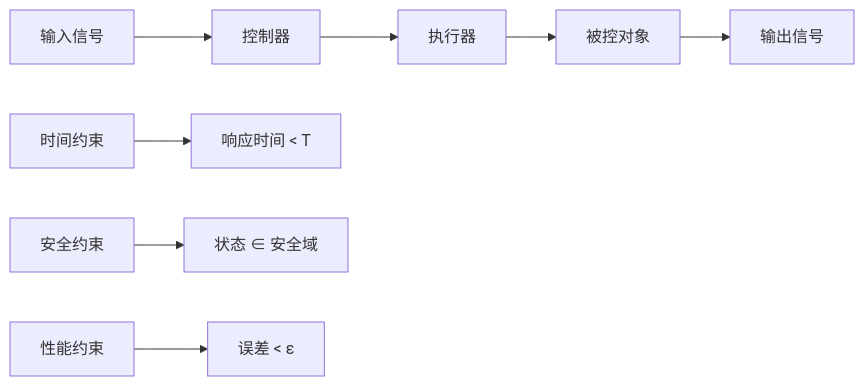
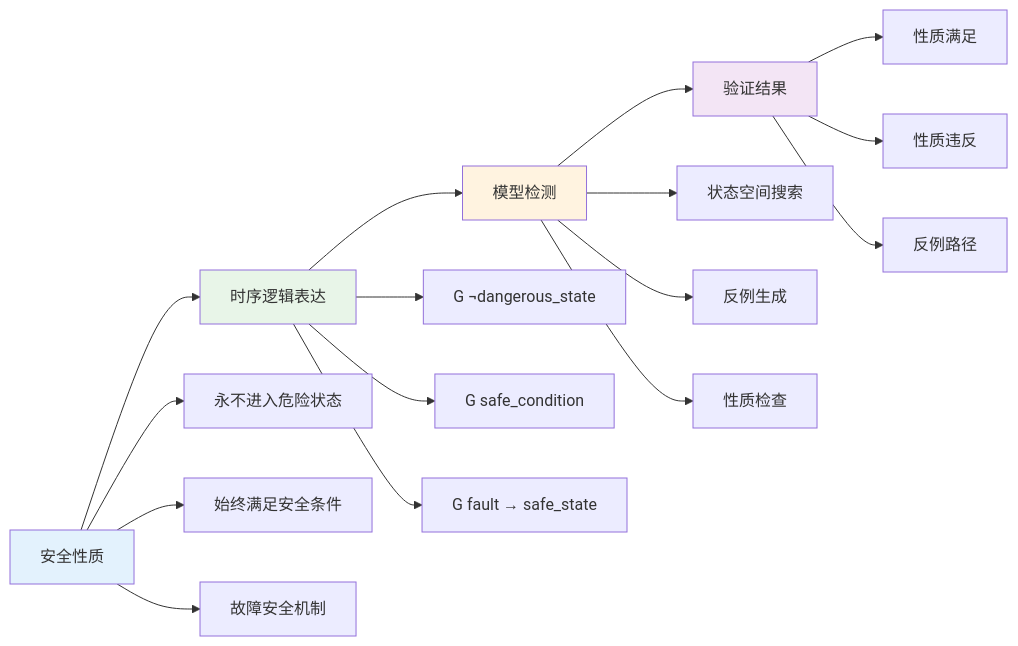
Before and after one commit to AdaMartin18010/Lean: the eighth of 9 diagrams in analysis/1-形式化理论/1.3-时序逻辑与控制/1.3.6-图表与多表征.md, drawn with Mermaid. The commit also changed other lines of this file and 24 other files, not shown here.

````diff
--- a/analysis/1-形式化理论/1.3-时序逻辑与控制/1.3.6-图表与多表征.md
+++ b/analysis/1-形式化理论/1.3-时序逻辑与控制/1.3.6-图表与多表征.md
@@ -115,11 +406,27 @@
 ```mermaid
 graph LR
-  A[输入信号] --> B[控制器]
-  B --> C[执行器]
-  C --> D[被控对象]
-  D --> E[输出信号]
-  
-  F[时间约束] --> G[响应时间 < T]
-  H[安全约束] --> I[状态 ∈ 安全域]
-  J[性能约束] --> K[误差 < ε]
+    A[安全性质] --> B[时序逻辑表达]
+    B --> C[模型检测]
+    C --> D[验证结果]
+    
+    A --> E[永不进入危险状态]
+    A --> F[始终满足安全条件]
+    A --> G[故障安全机制]
+    
+    B --> H[G ¬dangerous_state]
+    B --> I[G safe_condition]
+    B --> J[G fault → safe_state]
+    
+    C --> K[状态空间搜索]
+    C --> L[反例生成]
+    C --> M[性质检查]
+    
+    D --> N[性质满足]
+    D --> O[性质违反]
+    D --> P[反例路径]
+    
+    style A fill:#e3f2fd
+    style B fill:#e8f5e8
+    style C fill:#fff3e0
+    style D fill:#f3e5f5
 ```
````
